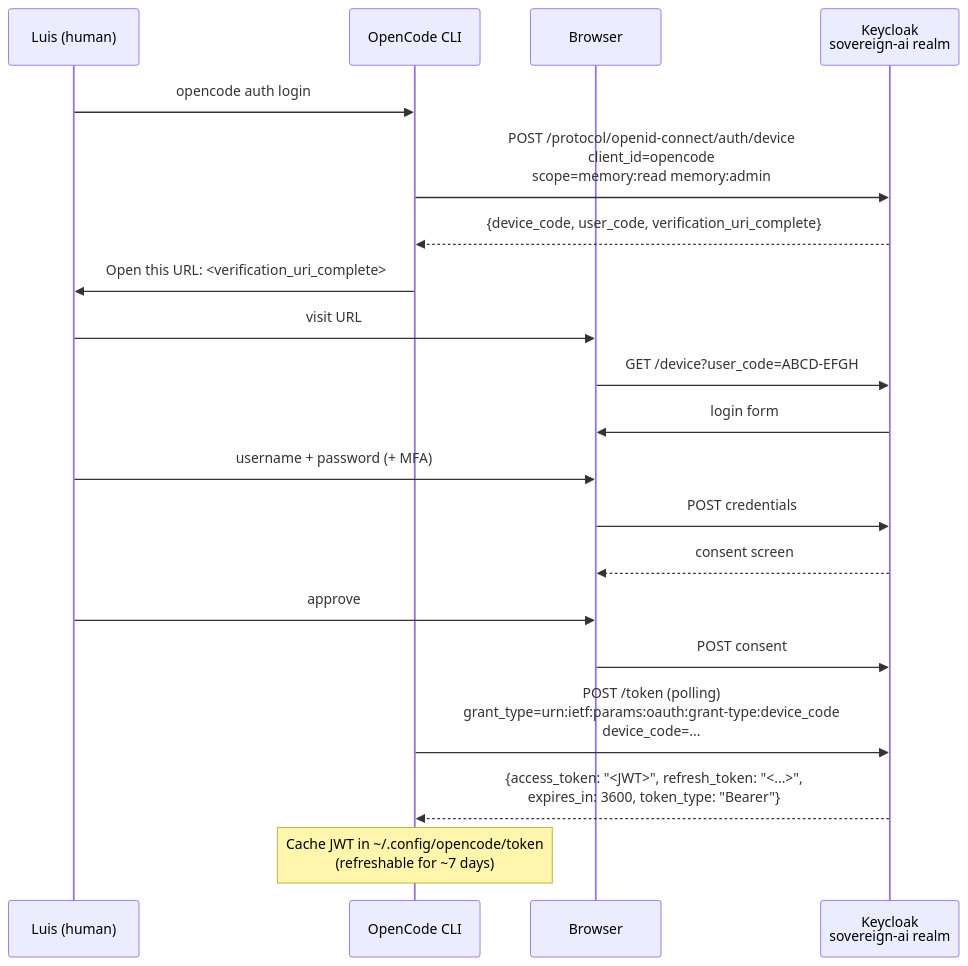
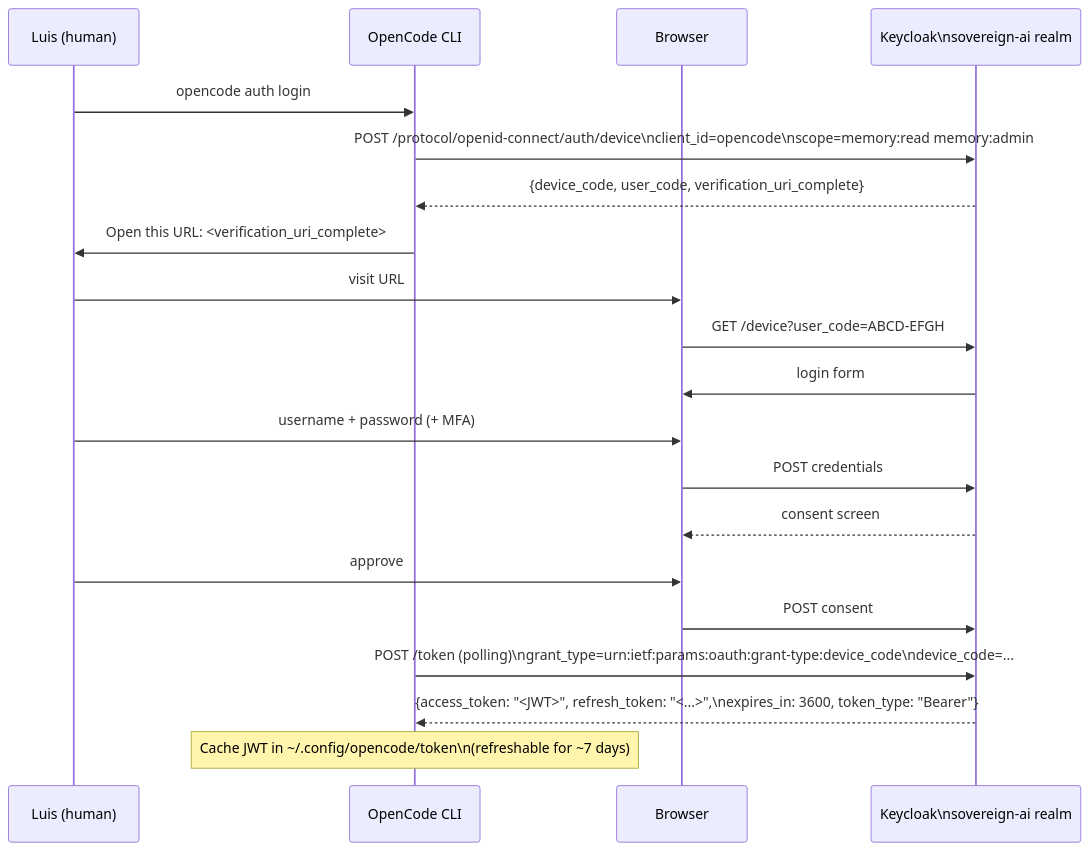
One commit to lfdesousa/AuditTrace-AI changed the first of 6 diagrams in docs/architecture/sequence-oauth2-flow.md. Above: the diagram before and after it, drawn with Mermaid. The commit also changed other lines of this file and 4 other files, not shown here.

First line of the commit message:
fix(docs): replace HTML br tags with Mermaid newlines in sequence diagrams

````diff
--- a/docs/architecture/sequence-oauth2-flow.md
+++ b/docs/architecture/sequence-oauth2-flow.md
@@ -16,26 +16,26 @@
 ```mermaid
 sequenceDiagram
     participant User as Luis (human)
     participant Agent as OpenCode CLI
     participant Browser as Browser
-    participant KC as Keycloak<br/>sovereign-ai realm
+    participant KC as Keycloak\nsovereign-ai realm
 
     User->>Agent: opencode auth login
-    Agent->>KC: POST /protocol/openid-connect/auth/device<br/>client_id=opencode<br/>scope=memory:read memory:admin
+    Agent->>KC: POST /protocol/openid-connect/auth/device\nclient_id=opencode\nscope=memory:read memory:admin
     KC-->>Agent: {device_code, user_code, verification_uri_complete}
 
     Agent->>User: Open this URL: <verification_uri_complete>
     User->>Browser: visit URL
     Browser->>KC: GET /device?user_code=ABCD-EFGH
     KC->>Browser: login form
     User->>Browser: username + password (+ MFA)
     Browser->>KC: POST credentials
     KC-->>Browser: consent screen
     User->>Browser: approve
     Browser->>KC: POST consent
 
-    Agent->>KC: POST /token (polling)<br/>grant_type=urn:ietf:params:oauth:grant-type:device_code<br/>device_code=...
-    KC-->>Agent: {access_token: "<JWT>", refresh_token: "<...>",<br/>expires_in: 3600, token_type: "Bearer"}
+    Agent->>KC: POST /token (polling)\ngrant_type=urn:ietf:params:oauth:grant-type:device_code\ndevice_code=...
+    KC-->>Agent: {access_token: "<JWT>", refresh_token: "<...>",\nexpires_in: 3600, token_type: "Bearer"}
 
-    Note over Agent: Cache JWT in ~/.config/opencode/token<br/>(refreshable for ~7 days)
+    Note over Agent: Cache JWT in ~/.config/opencode/token\n(refreshable for ~7 days)
 ```
````
